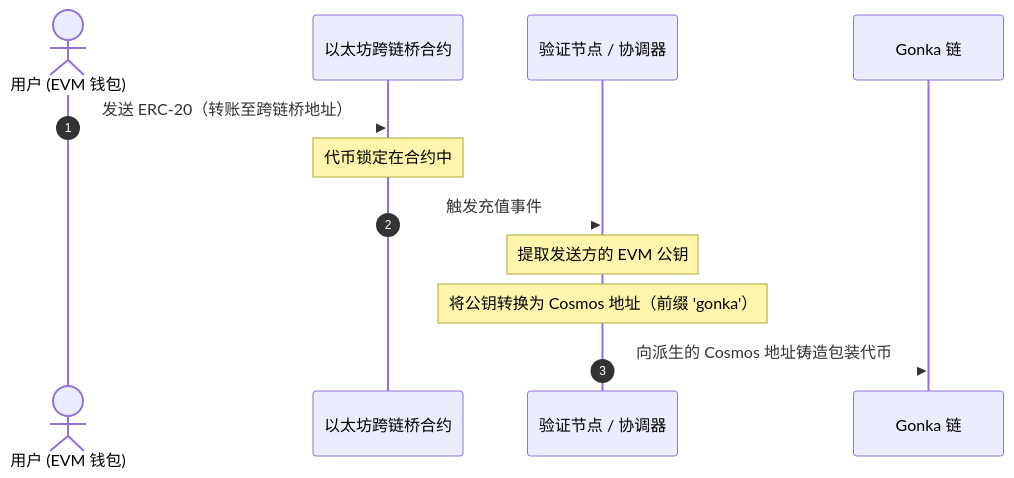
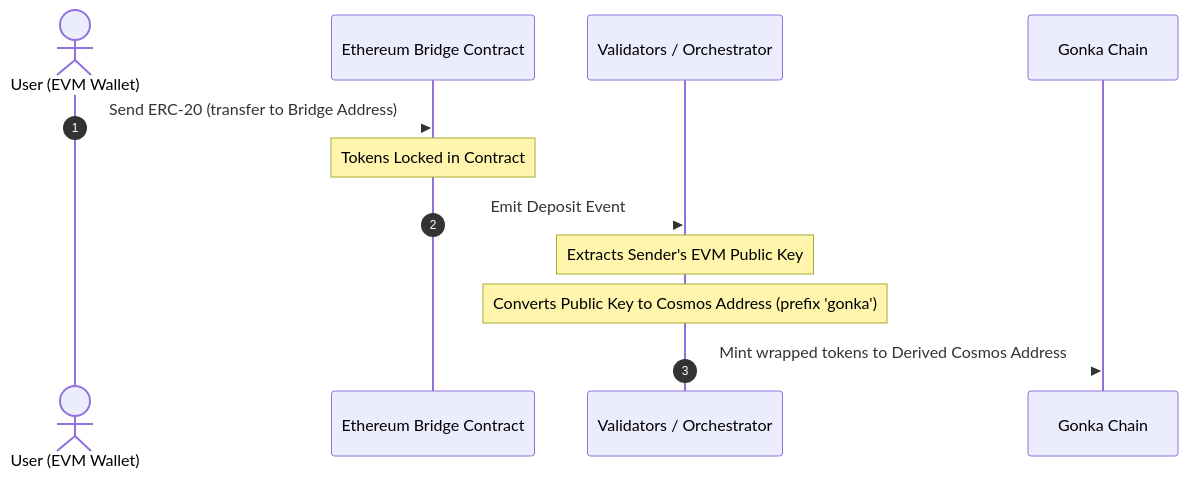
Before and after one commit to gonka-ai/gonka-docs: the first of 2 diagrams in docs/zh/cross-chain-transfers/widget-integration.md, drawn with Mermaid. The commit also changed other lines of this file and 20 other files, not shown here.

````diff
--- a/docs/zh/cross-chain-transfers/widget-integration.md
+++ b/docs/zh/cross-chain-transfers/widget-integration.md
@@ -14,16 +14,16 @@
 ```mermaid
 %%{init: { 'themeVariables': { 'signalColor': 'var(--md-default-fg-color)', 'signalTextColor': 'var(--md-default-fg-color)' } } }%%
 sequenceDiagram
     autonumber
-    actor User as 用户 (EVM 钱包)
-    participant EthBridge as 以太坊跨链桥合约
-    participant Orch as 验证节点 / 协调器
-    participant Gonka as Gonka 链
+    actor User as User (EVM Wallet)
+    participant EthBridge as Ethereum Bridge Contract
+    participant Orch as Validators / Orchestrator
+    participant Gonka as Gonka Chain
 
-    User->>EthBridge: 发送 ERC-20（转账至跨链桥地址）
-    Note over EthBridge: 代币锁定在合约中
-    EthBridge-->>Orch: 触发充值事件
-    Note over Orch: 提取发送方的 EVM 公钥
-    Note over Orch: 将公钥转换为 Cosmos 地址（前缀 'gonka'）
-    Orch->>Gonka: 向派生的 Cosmos 地址铸造包装代币
+    User->>EthBridge: Send ERC-20 (transfer to Bridge Address)
+    Note over EthBridge: Tokens Locked in Contract
+    EthBridge-->>Orch: Emit Deposit Event
+    Note over Orch: Extracts Sender's EVM Public Key
+    Note over Orch: Converts Public Key to Cosmos Address (prefix 'gonka')
+    Orch->>Gonka: Mint wrapped tokens to Derived Cosmos Address
 ```
````
